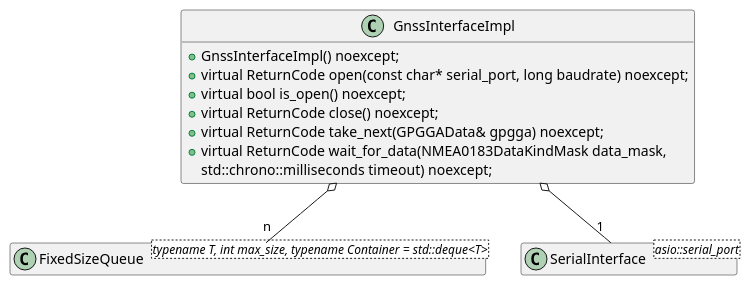
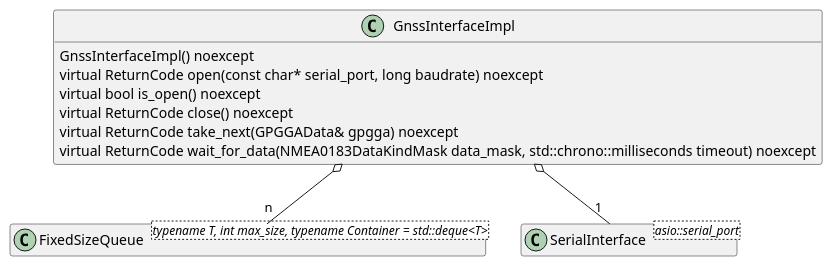
One commit to EduPonz/easynmea changed the diagram in docs/uml/GnssInterfaceImpl.puml. Above: the diagram before and after it, drawn with PlantUML. The commit also changed 3 other files, not shown here.

Commit message:
Fix UML diagrams in RTD (#49)

```diff
--- a/docs/uml/GnssInterfaceImpl.puml
+++ b/docs/uml/GnssInterfaceImpl.puml
@@ -1,20 +1,17 @@
-@startuml GnssInterfaceImpl
+@startuml
 hide empty members
-class GnssInterfaceImpl
-{
-    + GnssInterfaceImpl() noexcept;
-    + virtual ReturnCode open(const char* serial_port, long baudrate) noexcept;
-    + virtual bool is_open() noexcept;
-    + virtual ReturnCode close() noexcept;
-    + virtual ReturnCode take_next(GPGGAData& gpgga) noexcept;
-    + virtual ReturnCode wait_for_data(NMEA0183DataKindMask data_mask,
-                                       std::chrono::milliseconds timeout) noexcept;
-}
+
+GnssInterfaceImpl : GnssInterfaceImpl() noexcept
+GnssInterfaceImpl : virtual ReturnCode open(const char* serial_port, long baudrate) noexcept
+GnssInterfaceImpl : virtual bool is_open() noexcept
+GnssInterfaceImpl : virtual ReturnCode close() noexcept
+GnssInterfaceImpl : virtual ReturnCode take_next(GPGGAData& gpgga) noexcept
+GnssInterfaceImpl : virtual ReturnCode wait_for_data(NMEA0183DataKindMask data_mask, std::chrono::milliseconds timeout) noexcept
 
 class FixedSizeQueue<typename T, int max_size, typename Container = std::deque<T>>
 
 class SerialInterface<asio::serial_port>
 
 GnssInterfaceImpl o-- "n" FixedSizeQueue
 GnssInterfaceImpl o-- "1" SerialInterface
 @enduml
```
